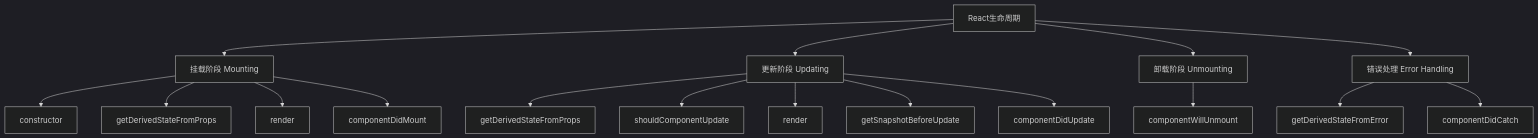
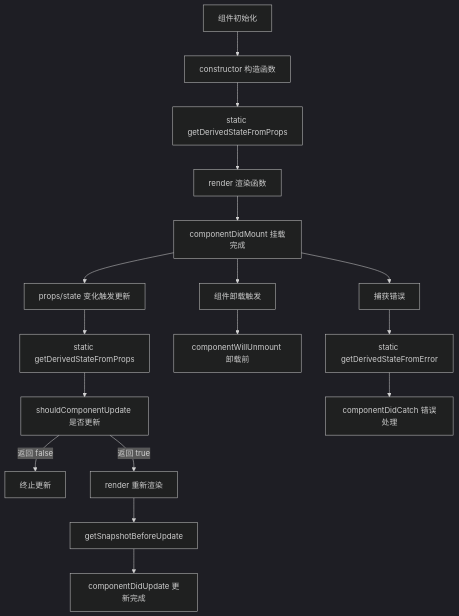
One commit to Redstone-1/interview-frontend changed the first of 2 diagrams in 【2】进阶篇/5.谈谈react的生命周期.md. Above: the diagram before and after it, drawn with Mermaid (dark theme).

Commit message:
doc: react 生命周期 graph 修改

````diff
--- a/【2】进阶篇/5.谈谈react的生命周期.md
+++ b/【2】进阶篇/5.谈谈react的生命周期.md
@@ -7,23 +7,22 @@
 ```mermaid
 graph TD
-    A[React生命周期] --> B[挂载阶段 Mounting]
-    A --> C[更新阶段 Updating]
-    A --> D[卸载阶段 Unmounting]
-    A --> E[错误处理 Error Handling]
+    A[组件初始化] --> B[constructor 构造函数]
+    B --> C[static getDerivedStateFromProps]
+    C --> D[render 渲染函数]
+    D --> E[componentDidMount 挂载完成]
     
-    B --> B1[constructor]
-    B --> B2[getDerivedStateFromProps]
-    B --> B3[render]
-    B --> B4[componentDidMount]
+    E --> F[props/state 变化触发更新]
+    F --> G[static getDerivedStateFromProps]
+    G --> H[shouldComponentUpdate 是否更新]
+    H -- 返回 false --> I[终止更新]
+    H -- 返回 true --> J[render 重新渲染]
+    J --> K[getSnapshotBeforeUpdate]
+    K --> L[componentDidUpdate 更新完成]
     
-    C --> C1[getDerivedStateFromProps]
-    C --> C2[shouldComponentUpdate]
-    C --> C3[render]
-    C --> C4[getSnapshotBeforeUpdate]
-    C --> C5[componentDidUpdate]
+    E --> M[组件卸载触发]
+    M --> N[componentWillUnmount 卸载前]
     
-    D --> D1[componentWillUnmount]
-    
-    E --> E1[getDerivedStateFromError]
-    E --> E2[componentDidCatch]
+    E --> O[捕获错误]
+    O --> P[static getDerivedStateFromError]
+    P --> Q[componentDidCatch 错误处理]
 ```
````
